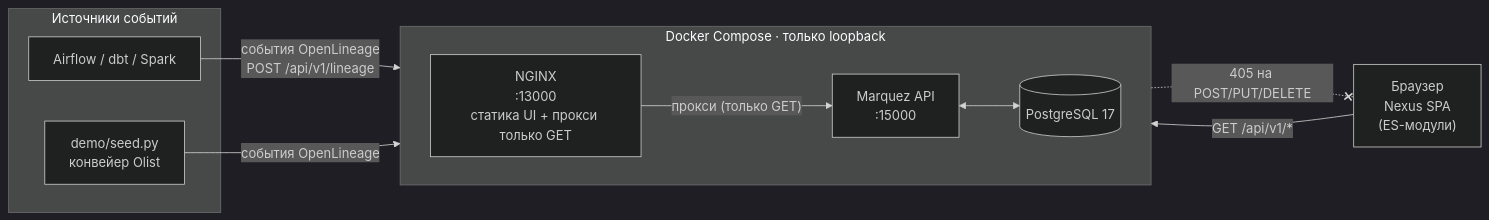
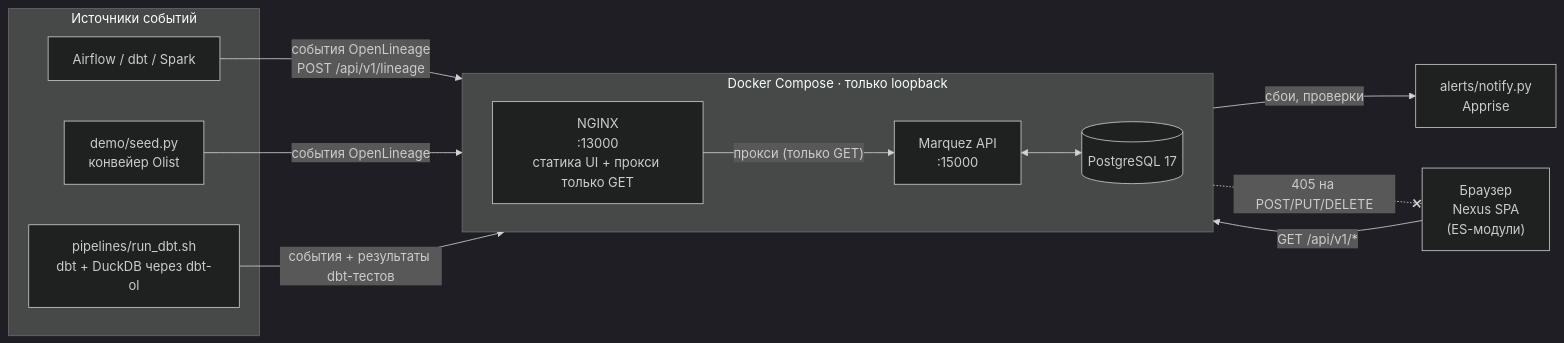
One commit to AyanbergenSaduakassov07/nexus changed the first of 5 diagrams in README.ru.md. Above: the diagram before and after it, drawn with Mermaid (dark theme). The commit also changed other lines of this file and 38 other files, not shown here.

First line of the commit message:
feat: real dbt pipeline, data-quality checks and Apprise alerts

````diff
--- a/README.ru.md
+++ b/README.ru.md
@@ -80,23 +86,28 @@
 ```mermaid
 flowchart LR
     subgraph Producers["Источники событий"]
         A[Airflow / dbt / Spark]
         S[demo/seed.py<br/>конвейер Olist]
+        T[pipelines/run_dbt.sh<br/>dbt + DuckDB через dbt-ol]
     end
+
+    AL["alerts/notify.py<br/>Apprise"]
 
     subgraph Stack["Docker Compose · только loopback"]
         direction LR
         W["NGINX<br/>:13000<br/>статика UI + прокси только GET"]
         M["Marquez API<br/>:15000"]
         D[("PostgreSQL 17")]
     end
 
     B["Браузер<br/>Nexus SPA<br/>(ES-модули)"]
 
     A -- "события OpenLineage<br/>POST /api/v1/lineage" --> M
     S -- "события OpenLineage" --> M
+    T -- "события + результаты dbt-тестов" --> M
+    M -- "сбои, проверки" --> AL
     M <--> D
     B -- "GET /api/v1/*" --> W
     W -- "прокси (только GET)" --> M
     W -. "405 на POST/PUT/DELETE" .-x B
 ```
````
